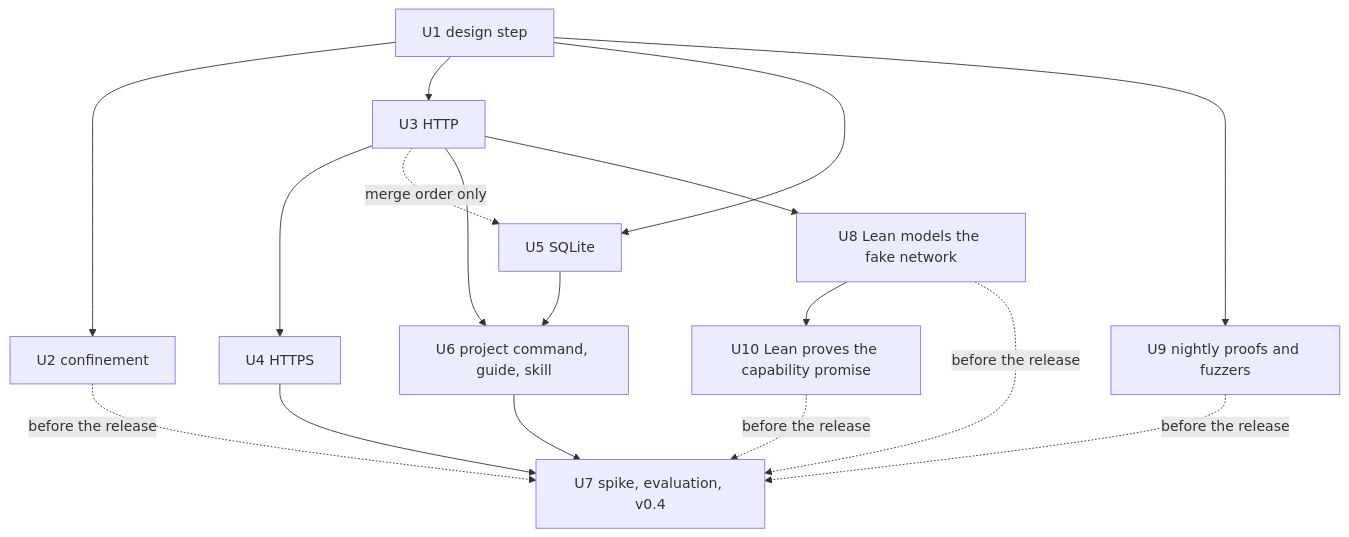
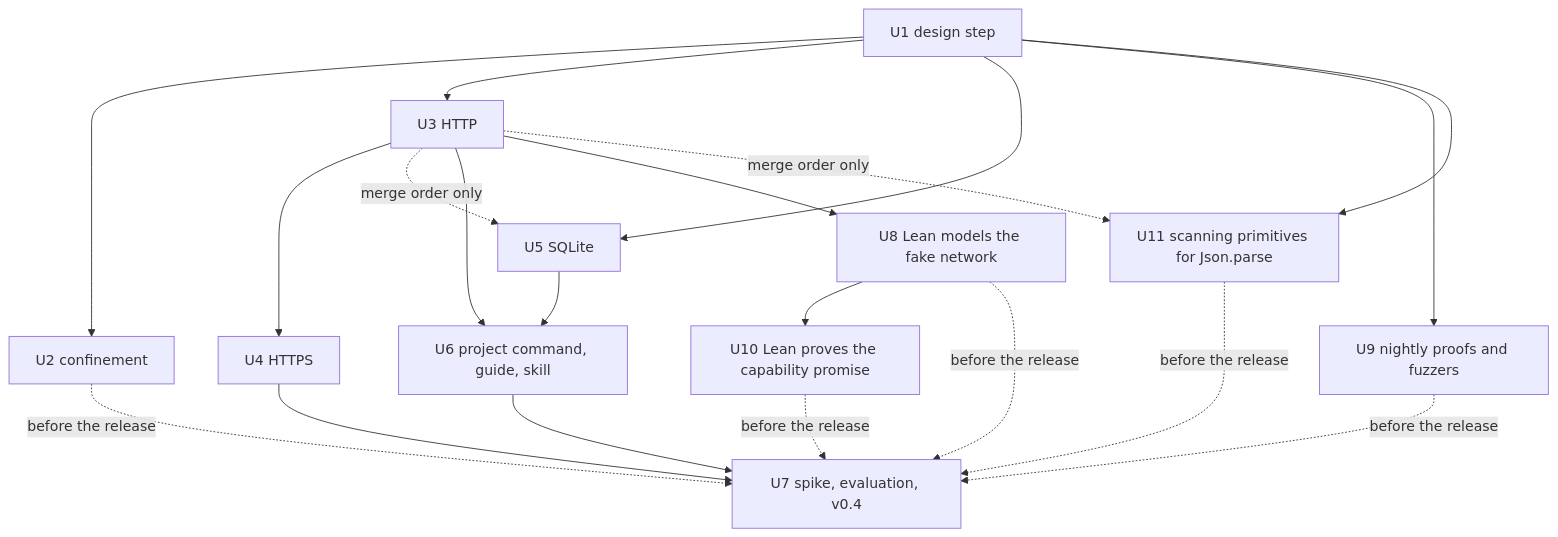
Before and after one commit to robertguss/mo: the second of 2 diagrams in docs/plans/2026-11-17-1900-feat-phase7-outside-world-plan.md, drawn with Mermaid. The commit also changed other lines of this file and 1 other file, not shown here.

First line of the commit message:
Record Robert's answers on six more decisions, and plan scanning primitives for Json.parse

````diff
--- a/docs/plans/2026-11-17-1900-feat-phase7-outside-world-plan.md
+++ b/docs/plans/2026-11-17-1900-feat-phase7-outside-world-plan.md
@@ -253,19 +253,22 @@
 ```mermaid
 flowchart TB
   U1[U1 design step] --> U2[U2 confinement]
   U1 --> U3[U3 HTTP]
   U1 --> U5[U5 SQLite]
   U3 --> U4[U4 HTTPS]
   U3 -.->|merge order only| U5
   U3 --> U6[U6 project command, guide, skill]
   U5 --> U6
   U3 --> U8[U8 Lean models the fake network]
   U1 --> U9[U9 nightly proofs and fuzzers]
   U8 --> U10[U10 Lean proves the capability promise]
+  U1 --> U11[U11 scanning primitives for Json.parse]
+  U3 -.->|merge order only| U11
   U4 --> U7[U7 spike, evaluation, v0.4]
   U6 --> U7
   U2 -.->|before the release| U7
   U8 -.->|before the release| U7
   U9 -.->|before the release| U7
   U10 -.->|before the release| U7
+  U11 -.->|before the release| U7
 ```
````
